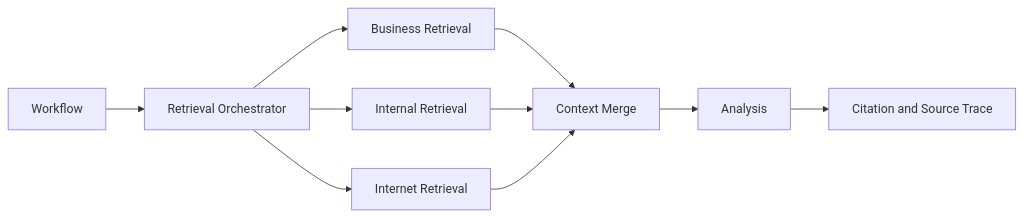
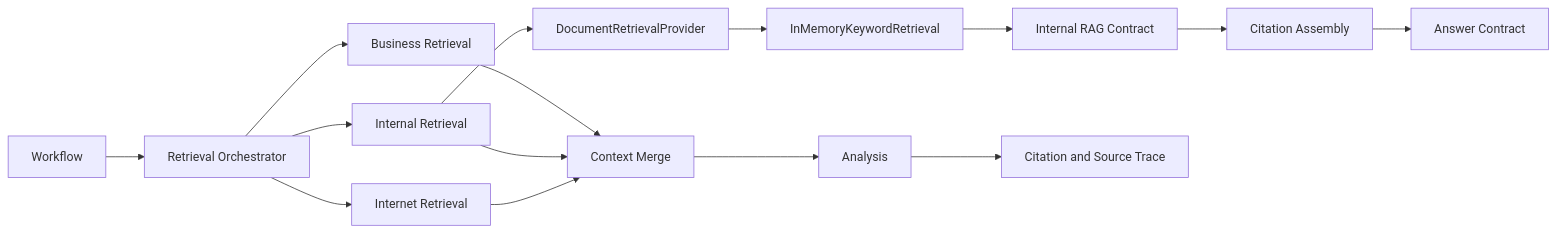
Diagram 22 of 52 in ai-lab/ai-learn/retail-insight-ai/docs/ai-agent-retail-handbook-v3/docs/ARCHITECTURE.md (kurekako2017/vscode_study), drawn with Mermaid before and after one commit. The commit also changed other lines of this file and 42 other files, not shown here.

````diff
--- a/ai-lab/ai-learn/retail-insight-ai/docs/ai-agent-retail-handbook-v3/docs/ARCHITECTURE.md
+++ b/ai-lab/ai-learn/retail-insight-ai/docs/ai-agent-retail-handbook-v3/docs/ARCHITECTURE.md
@@ -756,12 +760,17 @@
 ```mermaid
 flowchart LR
     A[Workflow] --> B[Retrieval Orchestrator]
     B --> C[Business Retrieval]
     B --> D[Internal Retrieval]
     B --> E[Internet Retrieval]
+    D --> D1[DocumentRetrievalProvider]
+    D1 --> D2[InMemoryKeywordRetrieval]
+    D2 --> D3[Internal RAG Contract]
+    D3 --> D4[Citation Assembly]
+    D4 --> D5[Answer Contract]
     C --> F[Context Merge]
     D --> F
     E --> F
     F --> G[Analysis]
     G --> H[Citation and Source Trace]
 ```
````
